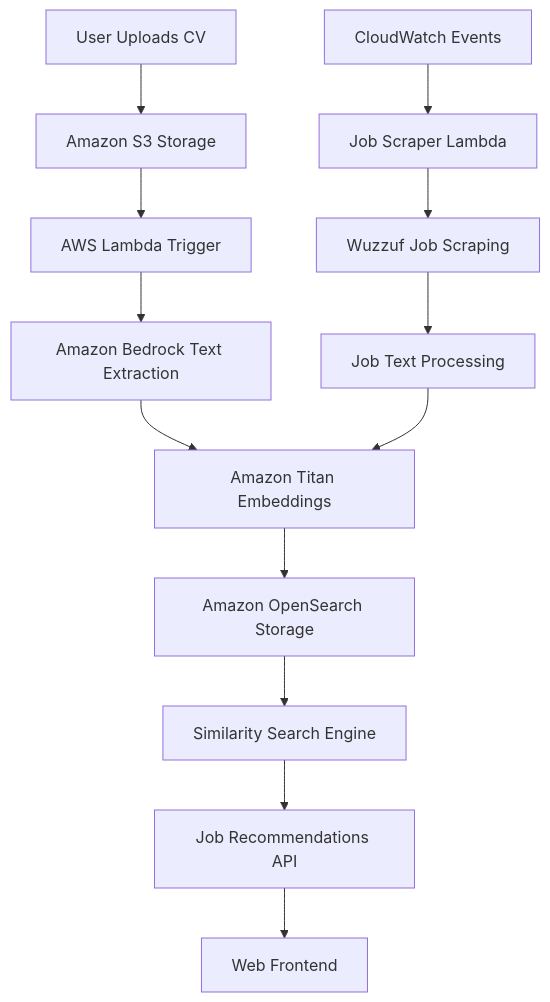
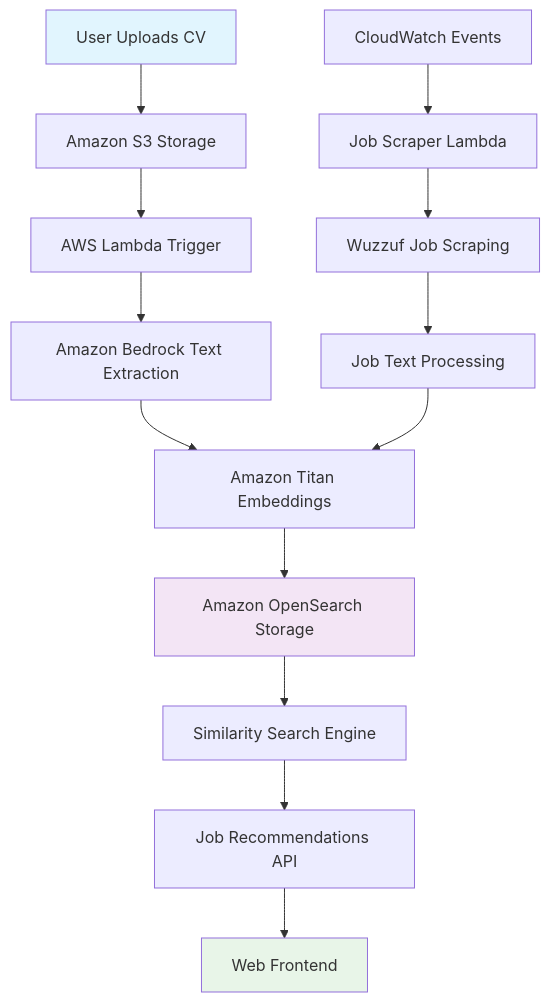
One commit to mohamedelhariry00/AI-Powered-Job-Recommendation-System changed the diagram in Readme.md. Above: the diagram before and after it, drawn with Mermaid. The commit also changed other lines of this file, not shown here.

````diff
--- a/Readme.md
+++ b/Readme.md
@@ -57,17 +57,21 @@
 ```mermaid
 graph TB
     A[User Uploads CV] --> B[Amazon S3 Storage]
     B --> C[AWS Lambda Trigger]
     C --> D[Amazon Bedrock Text Extraction]
     D --> E[Amazon Titan Embeddings]
     E --> F[Amazon OpenSearch Storage]
     
     G[CloudWatch Events] --> H[Job Scraper Lambda]
     H --> I[Wuzzuf Job Scraping]
     I --> J[Job Text Processing]
     J --> E
     
     F --> K[Similarity Search Engine]
     K --> L[Job Recommendations API]
     L --> M[Web Frontend]
+
+    style A fill:#e1f5fe
+    style F fill:#f3e5f5
+    style M fill:#e8f5e8
 ```
````
